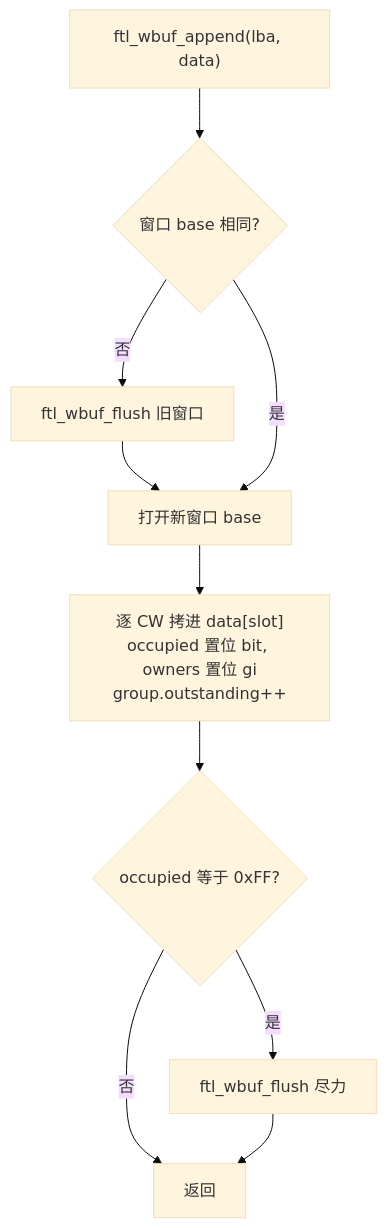
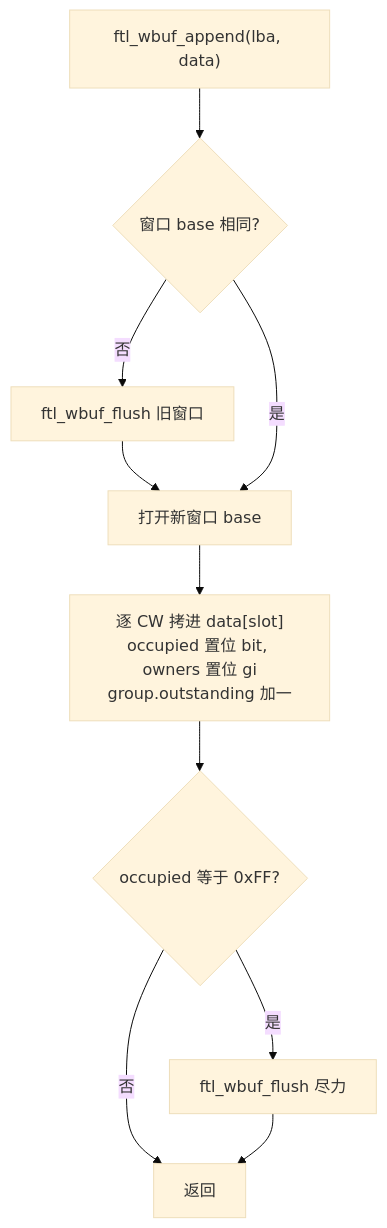
Diagram 15 of 28 in docs/design/ftl_design.md (YzYMIAO/BASESSD), drawn with Mermaid (base theme) before and after one commit. The commit also changed other lines of this file, not shown here.

First line of the commit message:
docs(ftl): 补充推荐阅读顺序并清理 mermaid 序列图

````diff
--- a/docs/design/ftl_design.md
+++ b/docs/design/ftl_design.md
@@ -2204,12 +2239,12 @@
 ```mermaid
 flowchart TD
     A["ftl_wbuf_append(lba, data)"] --> B{"窗口 base 相同?"}
     B -- "否" --> C["ftl_wbuf_flush 旧窗口"]
     C --> D["打开新窗口 base"]
     B -- "是" --> D
-    D --> E["逐 CW 拷进 data[slot]<br/>occupied 置位 bit, owners 置位 gi<br/>group.outstanding++"]
+    D --> E["逐 CW 拷进 data[slot]<br/>occupied 置位 bit, owners 置位 gi<br/>group.outstanding 加一"]
     E --> F{"occupied 等于 0xFF?"}
     F -- "是" --> G["ftl_wbuf_flush 尽力 "]
     F -- "否" --> H["返回"]
     G --> H
 ```
````
